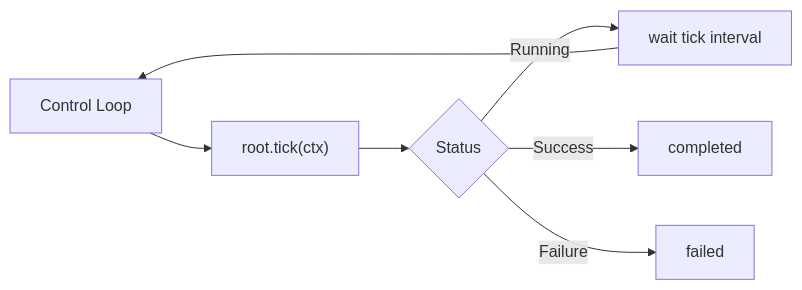
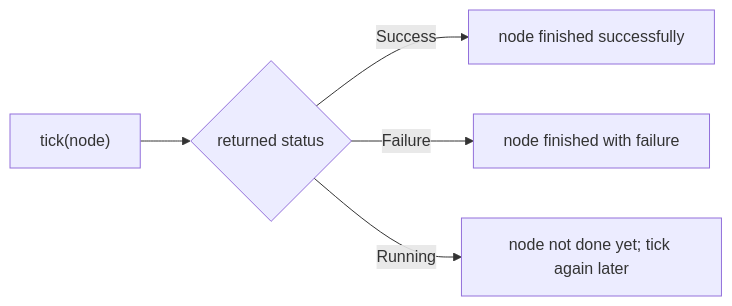
One commit to kaeladair/arbor changed the first of 6 diagrams in README.md. Above: the diagram before and after it, drawn with Mermaid. The commit also changed other lines of this file, not shown here.

Commit message:
Simplify README flow diagrams and explanations

````diff
--- a/README.md
+++ b/README.md
@@ -36,9 +22,7 @@
 ```mermaid
 flowchart LR
-    Loop["Control Loop"] --> Tick["root.tick(ctx)"]
-    Tick --> Running{"Status"}
-    Running -->|Running| Sleep["wait tick interval"]
-    Sleep --> Loop
-    Running -->|Success| Done["completed"]
-    Running -->|Failure| Failed["failed"]
+    Tick["tick(node)"] --> S{"returned status"}
+    S -->|Success| A["node finished successfully"]
+    S -->|Failure| B["node finished with failure"]
+    S -->|Running| C["node not done yet; tick again later"]
 ```
````
